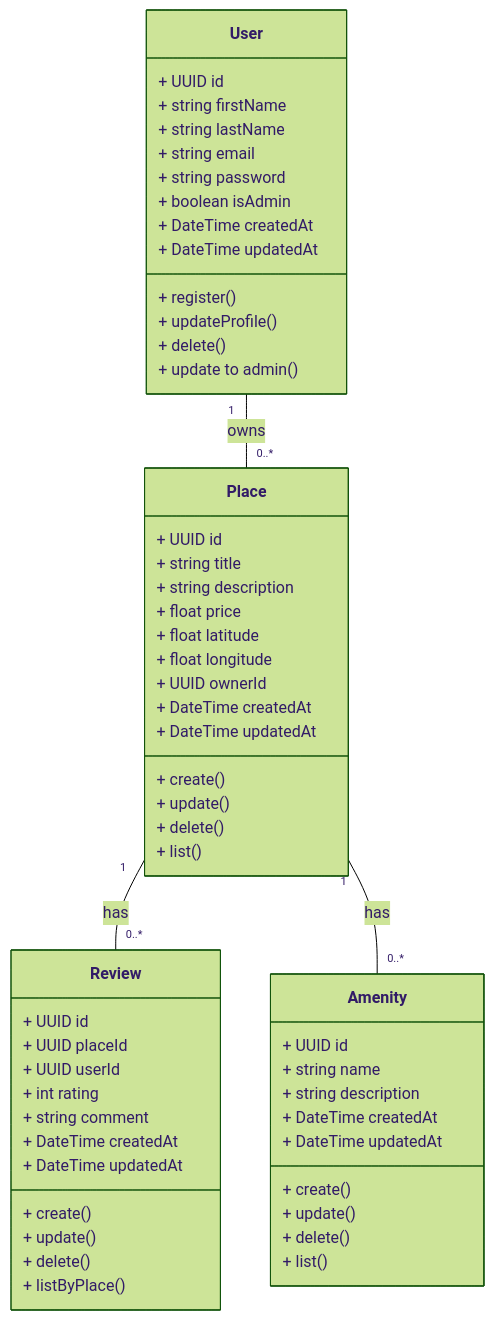
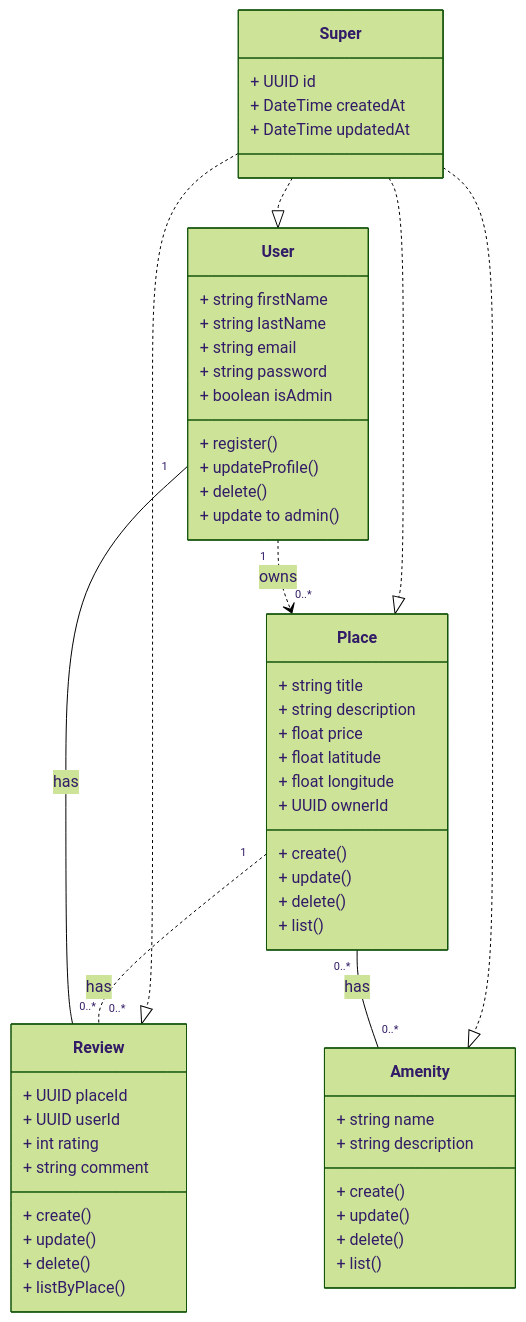
Before and after one commit to Maniok19/holbertonschool-hbnb: the diagram in ClassDiagram.mmd, drawn with Mermaid (forest theme).

Commit message:
Refactor class diagram to introduce Super class and update relationships between User, Place, Review, and Amenity

```diff
--- a/ClassDiagram.mmd
+++ b/ClassDiagram.mmd
@@ -1,58 +1,59 @@
 classDiagram
+  class Super{
+    + UUID id
+    + DateTime createdAt
+    + DateTime updatedAt
+  }
   class User {
-    + UUID id
+
     + string firstName
     + string lastName
     + string email
     + string password
     + boolean isAdmin
-    + DateTime createdAt
-    + DateTime updatedAt
     + register()
     + updateProfile()
     + delete()
     + update to admin()
   }
   class Place {
-    + UUID id
     + string title
     + string description
     + float price
     + float latitude
     + float longitude
     + UUID ownerId
-    + DateTime createdAt
-    + DateTime updatedAt
     + create()
     + update()
     + delete()
     + list()
   }
   class Review {
-    + UUID id
+
     + UUID placeId
     + UUID userId
     + int rating
     + string comment
-    + DateTime createdAt
-    + DateTime updatedAt
     + create()
     + update()
     + delete()
     + listByPlace()
   }
   class Amenity {
-    + UUID id
+
     + string name
     + string description
-    + DateTime createdAt
-    + DateTime updatedAt
     + create()
     + update()
     + delete()
     + list()
   }
 
-  User "1" -- "0..*" Place : owns
-  Place "1" -- "0..*" Review : has
-  Place "1" -- "0..*" Amenity : has
+  Super ..|> User
+  Super ..|> Place
+  Super ..|> Review
+  Super ..|> Amenity
+  User "1" ..> "0..*" Place : owns
+  Place "1" .. "0..*" Review : has
+  Place "0..*" -- "0..*" Amenity : has
+  User "1" -- "0..*" Review : has
```
